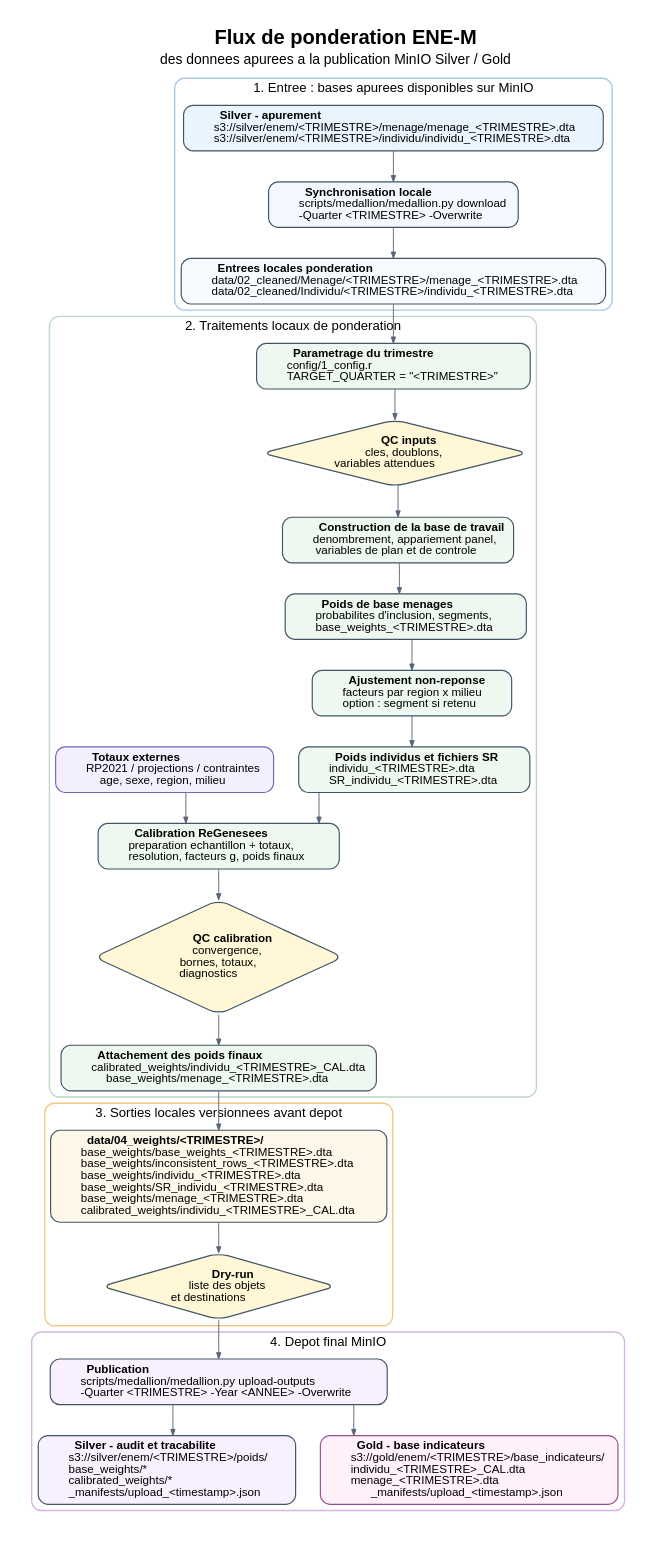
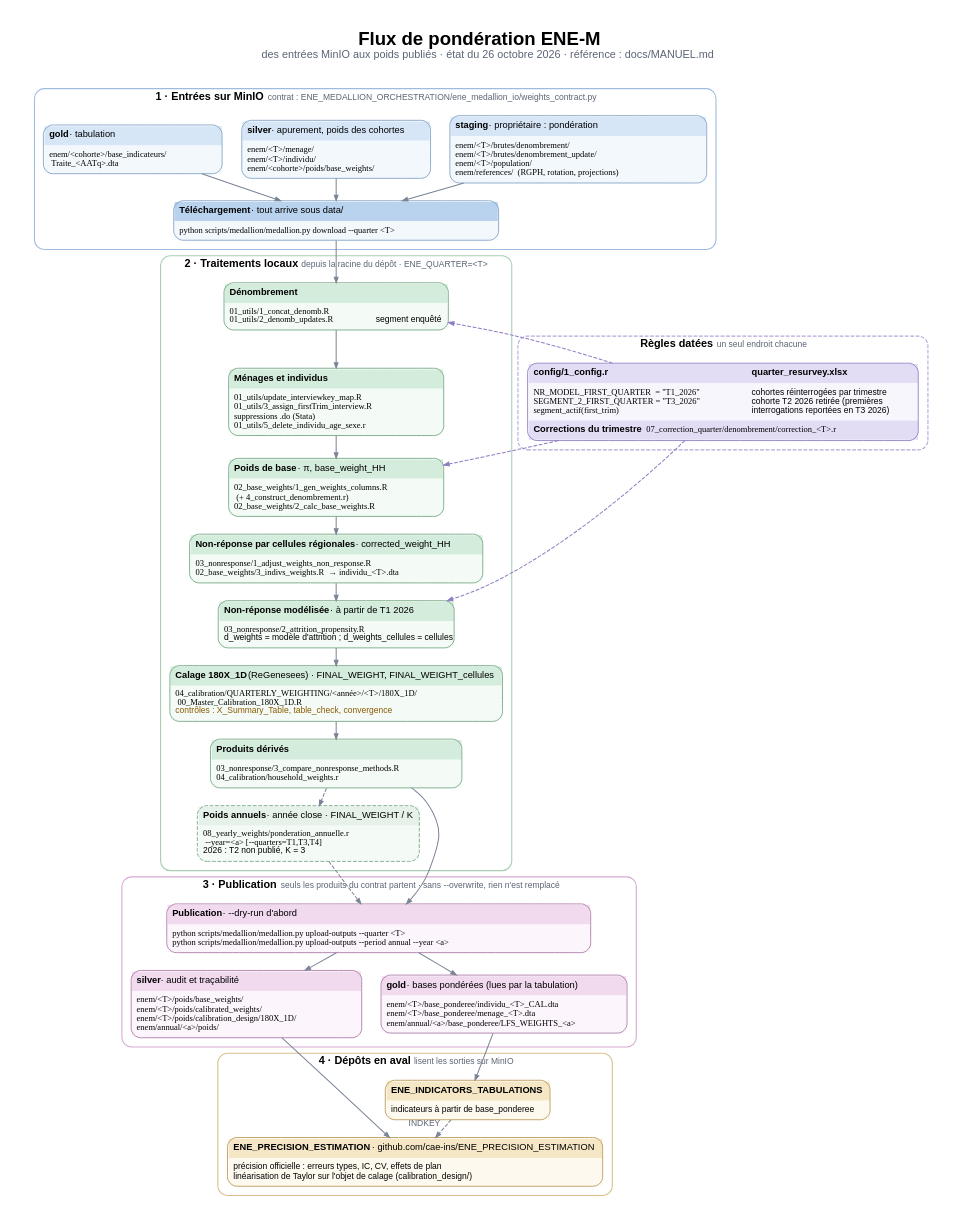
The diagram in reports/enem_weight_flow_minio.dot (cae-ins/enem_weight_nv), drawn with Graphviz before and after one commit. The commit also changed 13 other files, not shown here.

```diff
--- a/reports/enem_weight_flow_minio.dot
+++ b/reports/enem_weight_flow_minio.dot
@@ -1,270 +1,172 @@
+// Flux de pondération ENE-M (état du 26 octobre 2026 ; docs/MANUEL.md fait foi).
+// Rendu, depuis reports/ :
+//   dot -Tpng -Gdpi=130 -o enem_weight_flow_minio.png enem_weight_flow_minio.dot
+//   dot -Tsvg -o enem_weight_flow_minio.svg enem_weight_flow_minio.dot
 digraph ENE_WEIGHT_FLOW_MINIO {
   graph [
-    rankdir=TB,
-    compound=true,
-    bgcolor="#FFFFFF",
-    pad="0.35",
-    nodesep="0.45",
-    ranksep="0.55",
-    splines=ortho,
-    fontname="Arial",
-    labelloc="t",
-    label=<
-      <B>Flux de ponderation ENE-M</B><BR/>
-      <FONT POINT-SIZE="18">des donnees apurees a la publication MinIO Silver / Gold</FONT>
-    >,
-    fontsize=26
+    rankdir=TB, newrank=true, compound=true,
+    bgcolor="#FFFFFF", pad="0.4", nodesep="0.35", ranksep="0.32",
+    splines=spline, fontname="Arial", fontsize=24, labelloc="t",
+    label=<<B>Flux de pondération ENE-M</B><BR/><FONT POINT-SIZE="14" COLOR="#5B6475">des entrées MinIO aux poids publiés · état du 26 octobre 2026 · référence : docs/MANUEL.md</FONT><BR/> >
   ];
+  node  [shape=plain, fontname="Arial", fontsize=12];
+  edge  [color="#7A8496", arrowsize=0.7, penwidth=1.3, fontname="Arial", fontsize=11, fontcolor="#5B6475"];
 
-  node [
-    shape=box,
-    style="rounded,filled",
-    fontname="Arial",
-    fontsize=15,
-    color="#425466",
-    penwidth=1.5,
-    margin="0.14,0.10"
-  ];
+  // ---------------------------------------------------------------- Entrées
+  subgraph cluster_in {
+    label=<<B>1 · Entrées sur MinIO</B>  <FONT POINT-SIZE="11" COLOR="#5B6475">contrat : ENE_MEDALLION_ORCHESTRATION/ene_medallion_io/weights_contract.py</FONT>>;
+    fontsize=14; style="rounded"; color="#9DBCE0"; penwidth=1.4; margin=12;
 
-  edge [
-    fontname="Arial",
-    fontsize=11,
-    color="#596579",
-    arrowsize=0.8,
-    penwidth=1.25
-  ];
+    staging_in [label=<
+      <TABLE BORDER="1" CELLBORDER="0" CELLSPACING="0" CELLPADDING="6" COLOR="#6F93BF" STYLE="ROUNDED">
+        <TR><TD BGCOLOR="#D6E6F7" ALIGN="LEFT"><B>staging</B> · propriétaire : pondération</TD></TR>
+        <TR><TD BGCOLOR="#F3F8FD" ALIGN="LEFT" BALIGN="LEFT"><FONT FACE="Consolas" POINT-SIZE="11">enem/&lt;T&gt;/brutes/denombrement/<BR/>enem/&lt;T&gt;/brutes/denombrement_update/<BR/>enem/&lt;T&gt;/population/<BR/>enem/references/  (RGPH, rotation, projections)</FONT></TD></TR>
+      </TABLE>>];
 
-  subgraph cluster_input {
-    label="1. Entree : bases apurees disponibles sur MinIO";
-    fontname="Arial";
-    fontsize=17;
-    color="#A7C7E7";
-    penwidth=1.8;
-    style="rounded";
+    silver_in [label=<
+      <TABLE BORDER="1" CELLBORDER="0" CELLSPACING="0" CELLPADDING="6" COLOR="#6F93BF" STYLE="ROUNDED">
+        <TR><TD BGCOLOR="#D6E6F7" ALIGN="LEFT"><B>silver</B> · apurement, poids des cohortes</TD></TR>
+        <TR><TD BGCOLOR="#F3F8FD" ALIGN="LEFT" BALIGN="LEFT"><FONT FACE="Consolas" POINT-SIZE="11">enem/&lt;T&gt;/menage/<BR/>enem/&lt;T&gt;/individu/<BR/>enem/&lt;cohorte&gt;/poids/base_weights/</FONT></TD></TR>
+      </TABLE>>];
 
-    minio_inputs [
-      fillcolor="#EAF4FF",
-      label=<
-        <B>Silver - apurement</B><BR ALIGN="LEFT"/>
-        s3://silver/enem/&lt;TRIMESTRE&gt;/menage/menage_&lt;TRIMESTRE&gt;.dta<BR ALIGN="LEFT"/>
-        s3://silver/enem/&lt;TRIMESTRE&gt;/individu/individu_&lt;TRIMESTRE&gt;.dta
-      >
-    ];
+    gold_in [label=<
+      <TABLE BORDER="1" CELLBORDER="0" CELLSPACING="0" CELLPADDING="6" COLOR="#6F93BF" STYLE="ROUNDED">
+        <TR><TD BGCOLOR="#D6E6F7" ALIGN="LEFT"><B>gold</B> · tabulation</TD></TR>
+        <TR><TD BGCOLOR="#F3F8FD" ALIGN="LEFT" BALIGN="LEFT"><FONT FACE="Consolas" POINT-SIZE="11">enem/&lt;cohorte&gt;/base_indicateurs/<BR/>  Traite_&lt;AATq&gt;.dta</FONT></TD></TR>
+      </TABLE>>];
 
-    download_inputs [
-      fillcolor="#F3F8FF",
-      label=<
-        <B>Synchronisation locale</B><BR ALIGN="LEFT"/>
-        scripts/medallion/medallion.py download<BR ALIGN="LEFT"/>
-        -Quarter &lt;TRIMESTRE&gt; -Overwrite
-      >
-    ];
-
-    local_clean [
-      fillcolor="#F7FBFF",
-      label=<
-        <B>Entrees locales ponderation</B><BR ALIGN="LEFT"/>
-        data/02_cleaned/Menage/&lt;TRIMESTRE&gt;/menage_&lt;TRIMESTRE&gt;.dta<BR ALIGN="LEFT"/>
-        data/02_cleaned/Individu/&lt;TRIMESTRE&gt;/individu_&lt;TRIMESTRE&gt;.dta
-      >
-    ];
+    download [label=<
+      <TABLE BORDER="1" CELLBORDER="0" CELLSPACING="0" CELLPADDING="6" COLOR="#6F93BF" STYLE="ROUNDED">
+        <TR><TD BGCOLOR="#B9D3EF" ALIGN="LEFT"><B>Téléchargement</B> · tout arrive sous data/</TD></TR>
+        <TR><TD BGCOLOR="#F3F8FD" ALIGN="LEFT"><FONT FACE="Consolas" POINT-SIZE="11">python scripts/medallion/medallion.py download --quarter &lt;T&gt;</FONT></TD></TR>
+      </TABLE>>];
   }
 
+  // ---------------------------------------------------------------- Traitements
   subgraph cluster_local {
-    label="2. Traitements locaux de ponderation";
-    fontname="Arial";
-    fontsize=17;
-    color="#BFD6C6";
-    penwidth=1.8;
-    style="rounded";
+    label=<<B>2 · Traitements locaux</B>  <FONT POINT-SIZE="11" COLOR="#5B6475">depuis la racine du dépôt · ENE_QUARTER=&lt;T&gt;</FONT>>;
+    fontsize=14; style="rounded"; color="#A9CDB4"; penwidth=1.4; margin=12;
 
-    config [
-      fillcolor="#EFF8F0",
-      label=<
-        <B>Parametrage du trimestre</B><BR ALIGN="LEFT"/>
-        config/1_config.r<BR ALIGN="LEFT"/>
-        TARGET_QUARTER = "&lt;TRIMESTRE&gt;"
-      >
-    ];
+    denomb [label=<
+      <TABLE BORDER="1" CELLBORDER="0" CELLSPACING="0" CELLPADDING="6" COLOR="#5E9A70" STYLE="ROUNDED">
+        <TR><TD BGCOLOR="#D4ECDB" ALIGN="LEFT"><B>Dénombrement</B></TD></TR>
+        <TR><TD BGCOLOR="#F4FAF5" ALIGN="LEFT" BALIGN="LEFT"><FONT FACE="Consolas" POINT-SIZE="11">01_utils/1_concat_denomb.R<BR/>01_utils/2_denomb_updates.R</FONT><FONT POINT-SIZE="11">   segment enquêté</FONT></TD></TR>
+      </TABLE>>];
 
-    input_qc [
-      shape=diamond,
-      width=2.0,
-      height=1.2,
-      fixedsize=false,
-      fillcolor="#FFF7D6",
-      label=<
-        <B>QC inputs</B><BR/>
-        cles, doublons,<BR/>variables attendues
-      >
-    ];
+    menages [label=<
+      <TABLE BORDER="1" CELLBORDER="0" CELLSPACING="0" CELLPADDING="6" COLOR="#5E9A70" STYLE="ROUNDED">
+        <TR><TD BGCOLOR="#D4ECDB" ALIGN="LEFT"><B>Ménages et individus</B></TD></TR>
+        <TR><TD BGCOLOR="#F4FAF5" ALIGN="LEFT" BALIGN="LEFT"><FONT FACE="Consolas" POINT-SIZE="11">01_utils/update_interviewkey_map.R<BR/>01_utils/3_assign_firstTrim_interview.R<BR/>suppressions .do (Stata)<BR/>01_utils/5_delete_individu_age_sexe.r</FONT></TD></TR>
+      </TABLE>>];
 
-    frame [
-      fillcolor="#EFF8F0",
-      label=<
-        <B>Construction de la base de travail</B><BR ALIGN="LEFT"/>
-        denombrement, appariement panel,<BR ALIGN="LEFT"/>
-        variables de plan et de controle
-      >
-    ];
+    base_weights [label=<
+      <TABLE BORDER="1" CELLBORDER="0" CELLSPACING="0" CELLPADDING="6" COLOR="#5E9A70" STYLE="ROUNDED">
+        <TR><TD BGCOLOR="#D4ECDB" ALIGN="LEFT"><B>Poids de base</B> · π, base_weight_HH</TD></TR>
+        <TR><TD BGCOLOR="#F4FAF5" ALIGN="LEFT" BALIGN="LEFT"><FONT FACE="Consolas" POINT-SIZE="11">02_base_weights/1_gen_weights_columns.R<BR/>  (+ 4_construct_denombrement.r)<BR/>02_base_weights/2_calc_base_weights.R</FONT></TD></TR>
+      </TABLE>>];
 
-    base_weights [
-      fillcolor="#EFF8F0",
-      label=<
-        <B>Poids de base menages</B><BR ALIGN="LEFT"/>
-        probabilites d'inclusion, segments,<BR ALIGN="LEFT"/>
-        base_weights_&lt;TRIMESTRE&gt;.dta
-      >
-    ];
+    nr_cells [label=<
+      <TABLE BORDER="1" CELLBORDER="0" CELLSPACING="0" CELLPADDING="6" COLOR="#5E9A70" STYLE="ROUNDED">
+        <TR><TD BGCOLOR="#D4ECDB" ALIGN="LEFT"><B>Non-réponse par cellules régionales</B> · corrected_weight_HH</TD></TR>
+        <TR><TD BGCOLOR="#F4FAF5" ALIGN="LEFT" BALIGN="LEFT"><FONT FACE="Consolas" POINT-SIZE="11">03_nonresponse/1_adjust_weights_non_response.R<BR/>02_base_weights/3_indivs_weights.R  → individu_&lt;T&gt;.dta</FONT></TD></TR>
+      </TABLE>>];
 
-    nonresponse [
-      fillcolor="#EFF8F0",
-      label=<
-        <B>Ajustement non-reponse</B><BR ALIGN="LEFT"/>
-        facteurs par region x milieu<BR ALIGN="LEFT"/>
-        option : segment si retenu
-      >
-    ];
+    nr_model [label=<
+      <TABLE BORDER="1" CELLBORDER="0" CELLSPACING="0" CELLPADDING="6" COLOR="#5E9A70" STYLE="ROUNDED">
+        <TR><TD BGCOLOR="#D4ECDB" ALIGN="LEFT"><B>Non-réponse modélisée</B> · à partir de T1 2026</TD></TR>
+        <TR><TD BGCOLOR="#F4FAF5" ALIGN="LEFT" BALIGN="LEFT"><FONT FACE="Consolas" POINT-SIZE="11">03_nonresponse/2_attrition_propensity.R</FONT><BR/><FONT POINT-SIZE="11">d_weights = modèle d'attrition ; d_weights_cellules = cellules</FONT></TD></TR>
+      </TABLE>>];
 
-    indiv_weights [
-      fillcolor="#EFF8F0",
-      label=<
-        <B>Poids individus et fichiers SR</B><BR ALIGN="LEFT"/>
-        individu_&lt;TRIMESTRE&gt;.dta<BR ALIGN="LEFT"/>
-        SR_individu_&lt;TRIMESTRE&gt;.dta
-      >
-    ];
+    calibration [label=<
+      <TABLE BORDER="1" CELLBORDER="0" CELLSPACING="0" CELLPADDING="6" COLOR="#5E9A70" STYLE="ROUNDED">
+        <TR><TD BGCOLOR="#D4ECDB" ALIGN="LEFT"><B>Calage 180X_1D</B> (ReGenesees) · FINAL_WEIGHT, FINAL_WEIGHT_cellules</TD></TR>
+        <TR><TD BGCOLOR="#F4FAF5" ALIGN="LEFT" BALIGN="LEFT"><FONT FACE="Consolas" POINT-SIZE="11">04_calibration/QUARTERLY_WEIGHTING/&lt;année&gt;/&lt;T&gt;/180X_1D/<BR/>  00_Master_Calibration_180X_1D.R</FONT><BR/><FONT POINT-SIZE="11" COLOR="#8A5A00">contrôles : X_Summary_Table, table_check, convergence</FONT></TD></TR>
+      </TABLE>>];
 
-    known_totals [
-      fillcolor="#F2F0FF",
-      color="#7466B2",
-      label=<
-        <B>Totaux externes</B><BR ALIGN="LEFT"/>
-        RP2021 / projections / contraintes<BR ALIGN="LEFT"/>
-        age, sexe, region, milieu
-      >
-    ];
+    derived [label=<
+      <TABLE BORDER="1" CELLBORDER="0" CELLSPACING="0" CELLPADDING="6" COLOR="#5E9A70" STYLE="ROUNDED">
+        <TR><TD BGCOLOR="#D4ECDB" ALIGN="LEFT"><B>Produits dérivés</B></TD></TR>
+        <TR><TD BGCOLOR="#F4FAF5" ALIGN="LEFT" BALIGN="LEFT"><FONT FACE="Consolas" POINT-SIZE="11">03_nonresponse/3_compare_nonresponse_methods.R<BR/>04_calibration/household_weights.r</FONT></TD></TR>
+      </TABLE>>];
 
-    calibration [
-      fillcolor="#EFF8F0",
-      label=<
-        <B>Calibration ReGenesees</B><BR ALIGN="LEFT"/>
-        preparation echantillon + totaux,<BR ALIGN="LEFT"/>
-        resolution, facteurs g, poids finaux
-      >
-    ];
-
-    calib_qc [
-      shape=diamond,
-      width=2.0,
-      height=1.2,
-      fixedsize=false,
-      fillcolor="#FFF7D6",
-      label=<
-        <B>QC calibration</B><BR/>
-        convergence,<BR/>bornes, totaux,<BR/>diagnostics
-      >
-    ];
-
-    attach_final [
-      fillcolor="#EFF8F0",
-      label=<
-        <B>Attachement des poids finaux</B><BR ALIGN="LEFT"/>
-        calibrated_weights/individu_&lt;TRIMESTRE&gt;_CAL.dta<BR ALIGN="LEFT"/>
-        base_weights/menage_&lt;TRIMESTRE&gt;.dta
-      >
-    ];
+    annual [label=<
+      <TABLE BORDER="1" CELLBORDER="0" CELLSPACING="0" CELLPADDING="6" COLOR="#5E9A70" STYLE="ROUNDED,DASHED">
+        <TR><TD BGCOLOR="#E6F2E9" ALIGN="LEFT"><B>Poids annuels</B> · année close · FINAL_WEIGHT / K</TD></TR>
+        <TR><TD BGCOLOR="#F4FAF5" ALIGN="LEFT" BALIGN="LEFT"><FONT FACE="Consolas" POINT-SIZE="11">08_yearly_weights/ponderation_annuelle.r<BR/>  --year=&lt;a&gt; [--quarters=T1,T3,T4]</FONT><BR/><FONT POINT-SIZE="11">2026 : T2 non publié, K = 3</FONT></TD></TR>
+      </TABLE>>];
   }
 
-  subgraph cluster_outputs {
-    label="3. Sorties locales versionnees avant depot";
-    fontname="Arial";
-    fontsize=17;
-    color="#F0C987";
-    penwidth=1.8;
-    style="rounded";
+  // ---------------------------------------------------------------- Règles datées
+  subgraph cluster_rules {
+    label=<<B>Règles datées</B>  <FONT POINT-SIZE="11" COLOR="#5B6475">un seul endroit chacune</FONT>>;
+    fontsize=14; style="rounded,dashed"; color="#B7A6DD"; penwidth=1.4; margin=12;
 
-    local_outputs [
-      fillcolor="#FFF8EA",
-      label=<
-        <B>data/04_weights/&lt;TRIMESTRE&gt;/</B><BR ALIGN="LEFT"/>
-        base_weights/base_weights_&lt;TRIMESTRE&gt;.dta<BR ALIGN="LEFT"/>
-        base_weights/inconsistent_rows_&lt;TRIMESTRE&gt;.dta<BR ALIGN="LEFT"/>
-        base_weights/individu_&lt;TRIMESTRE&gt;.dta<BR ALIGN="LEFT"/>
-        base_weights/SR_individu_&lt;TRIMESTRE&gt;.dta<BR ALIGN="LEFT"/>
-        base_weights/menage_&lt;TRIMESTRE&gt;.dta<BR ALIGN="LEFT"/>
-        calibrated_weights/individu_&lt;TRIMESTRE&gt;_CAL.dta
-      >
-    ];
-
-    upload_check [
-      shape=diamond,
-      width=2.0,
-      height=1.2,
-      fixedsize=false,
-      fillcolor="#FFF7D6",
-      label=<
-        <B>Dry-run</B><BR/>
-        liste des objets<BR/>et destinations
-      >
-    ];
+    rules [label=<
+      <TABLE BORDER="1" CELLBORDER="0" CELLSPACING="0" CELLPADDING="6" COLOR="#7D6BB8" STYLE="ROUNDED">
+        <TR><TD BGCOLOR="#E3DCF5" ALIGN="LEFT"><B>config/1_config.r</B></TD>
+            <TD BGCOLOR="#E3DCF5" ALIGN="LEFT"><B>quarter_resurvey.xlsx</B></TD></TR>
+        <TR><TD BGCOLOR="#F8F6FD" ALIGN="LEFT" BALIGN="LEFT" VALIGN="TOP"><FONT FACE="Consolas" POINT-SIZE="11">NR_MODEL_FIRST_QUARTER  = "T1_2026"<BR/>SEGMENT_2_FIRST_QUARTER = "T3_2026"<BR/>segment_actif(first_trim)</FONT></TD>
+            <TD BGCOLOR="#F8F6FD" ALIGN="LEFT" BALIGN="LEFT" VALIGN="TOP"><FONT POINT-SIZE="11">cohortes réinterrogées par trimestre<BR/>cohorte T2 2026 retirée (premières<BR/>interrogations reportées en T3 2026)</FONT></TD></TR>
+        <TR><TD BGCOLOR="#E3DCF5" ALIGN="LEFT" COLSPAN="2"><B>Corrections du trimestre</B>  <FONT FACE="Consolas" POINT-SIZE="11">07_correction_quarter/denombrement/correction_&lt;T&gt;.r</FONT></TD></TR>
+      </TABLE>>];
   }
 
-  subgraph cluster_minio_out {
-    label="4. Depot final MinIO";
-    fontname="Arial";
-    fontsize=17;
-    color="#D8B4E2";
-    penwidth=1.8;
-    style="rounded";
+  // ---------------------------------------------------------------- Publication
+  subgraph cluster_out {
+    label=<<B>3 · Publication</B>  <FONT POINT-SIZE="11" COLOR="#5B6475">seuls les produits du contrat partent · sans --overwrite, rien n'est remplacé</FONT>>;
+    fontsize=14; style="rounded"; color="#D7A9D0"; penwidth=1.4; margin=12;
 
-    upload_script [
-      fillcolor="#F9F0FF",
-      label=<
-        <B>Publication</B><BR ALIGN="LEFT"/>
-        scripts/medallion/medallion.py upload-outputs<BR ALIGN="LEFT"/>
-        -Quarter &lt;TRIMESTRE&gt; -Year &lt;ANNEE&gt; -Overwrite
-      >
-    ];
+    upload [label=<
+      <TABLE BORDER="1" CELLBORDER="0" CELLSPACING="0" CELLPADDING="6" COLOR="#A0679A" STYLE="ROUNDED">
+        <TR><TD BGCOLOR="#F1D9EE" ALIGN="LEFT"><B>Publication</B> · --dry-run d'abord</TD></TR>
+        <TR><TD BGCOLOR="#FCF5FB" ALIGN="LEFT" BALIGN="LEFT"><FONT FACE="Consolas" POINT-SIZE="11">python scripts/medallion/medallion.py upload-outputs --quarter &lt;T&gt;<BR/>python scripts/medallion/medallion.py upload-outputs --period annual --year &lt;a&gt;</FONT></TD></TR>
+      </TABLE>>];
 
-    silver_outputs [
-      fillcolor="#F7F0FF",
-      label=<
-        <B>Silver - audit et tracabilite</B><BR ALIGN="LEFT"/>
-        s3://silver/enem/&lt;TRIMESTRE&gt;/poids/<BR ALIGN="LEFT"/>
-        base_weights/*<BR ALIGN="LEFT"/>
-        calibrated_weights/*<BR ALIGN="LEFT"/>
-        _manifests/upload_&lt;timestamp&gt;.json
-      >
-    ];
+    silver_out [label=<
+      <TABLE BORDER="1" CELLBORDER="0" CELLSPACING="0" CELLPADDING="6" COLOR="#A0679A" STYLE="ROUNDED">
+        <TR><TD BGCOLOR="#F1D9EE" ALIGN="LEFT"><B>silver</B> · audit et traçabilité</TD></TR>
+        <TR><TD BGCOLOR="#FCF5FB" ALIGN="LEFT" BALIGN="LEFT"><FONT FACE="Consolas" POINT-SIZE="11">enem/&lt;T&gt;/poids/base_weights/<BR/>enem/&lt;T&gt;/poids/calibrated_weights/<BR/>enem/&lt;T&gt;/poids/calibration_design/180X_1D/<BR/>enem/annual/&lt;a&gt;/poids/</FONT></TD></TR>
+      </TABLE>>];
 
-    gold_outputs [
-      fillcolor="#FFF0FA",
-      color="#9A4D8F",
-      label=<
-        <B>Gold - base indicateurs</B><BR ALIGN="LEFT"/>
-        s3://gold/enem/&lt;TRIMESTRE&gt;/base_indicateurs/<BR ALIGN="LEFT"/>
-        individu_&lt;TRIMESTRE&gt;_CAL.dta<BR ALIGN="LEFT"/>
-        menage_&lt;TRIMESTRE&gt;.dta<BR ALIGN="LEFT"/>
-        _manifests/upload_&lt;timestamp&gt;.json
-      >
-    ];
+    gold_out [label=<
+      <TABLE BORDER="1" CELLBORDER="0" CELLSPACING="0" CELLPADDING="6" COLOR="#A0679A" STYLE="ROUNDED">
+        <TR><TD BGCOLOR="#F1D9EE" ALIGN="LEFT"><B>gold</B> · bases pondérées (lues par la tabulation)</TD></TR>
+        <TR><TD BGCOLOR="#FCF5FB" ALIGN="LEFT" BALIGN="LEFT"><FONT FACE="Consolas" POINT-SIZE="11">enem/&lt;T&gt;/base_ponderee/individu_&lt;T&gt;_CAL.dta<BR/>enem/&lt;T&gt;/base_ponderee/menage_&lt;T&gt;.dta<BR/>enem/annual/&lt;a&gt;/base_ponderee/LFS_WEIGHTS_&lt;a&gt;</FONT></TD></TR>
+      </TABLE>>];
   }
 
-  minio_inputs -> download_inputs -> local_clean;
-  local_clean -> config;
-  config -> input_qc;
-  input_qc -> frame;
-  frame -> base_weights;
-  base_weights -> nonresponse;
-  nonresponse -> indiv_weights;
-  indiv_weights -> calibration;
-  known_totals -> calibration;
-  calibration -> calib_qc;
-  calib_qc -> attach_final;
-  attach_final -> local_outputs;
-  local_outputs -> upload_check;
-  upload_check -> upload_script;
-  upload_script -> silver_outputs;
-  upload_script -> gold_outputs;
+  // ---------------------------------------------------------------- Dépôts en aval
+  subgraph cluster_down {
+    label=<<B>4 · Dépôts en aval</B>  <FONT POINT-SIZE="11" COLOR="#5B6475">lisent les sorties sur MinIO</FONT>>;
+    fontsize=14; style="rounded"; color="#D9C08A"; penwidth=1.4; margin=12;
+
+    tabulation [label=<
+      <TABLE BORDER="1" CELLBORDER="0" CELLSPACING="0" CELLPADDING="6" COLOR="#B08A3E" STYLE="ROUNDED">
+        <TR><TD BGCOLOR="#F5E7C6" ALIGN="LEFT"><B>ENE_INDICATORS_TABULATIONS</B></TD></TR>
+        <TR><TD BGCOLOR="#FDF9EF" ALIGN="LEFT"><FONT POINT-SIZE="11">indicateurs à partir de base_ponderee</FONT></TD></TR>
+      </TABLE>>];
+
+    precision [label=<
+      <TABLE BORDER="1" CELLBORDER="0" CELLSPACING="0" CELLPADDING="6" COLOR="#B08A3E" STYLE="ROUNDED">
+        <TR><TD BGCOLOR="#F5E7C6" ALIGN="LEFT"><B>ENE_PRECISION_ESTIMATION</B> · github.com/cae-ins/ENE_PRECISION_ESTIMATION</TD></TR>
+        <TR><TD BGCOLOR="#FDF9EF" ALIGN="LEFT" BALIGN="LEFT"><FONT POINT-SIZE="11">précision officielle : erreurs types, IC, CV, effets de plan<BR/>linéarisation de Taylor sur l'objet de calage (calibration_design/)</FONT></TD></TR>
+      </TABLE>>];
+  }
+
+  // ---------------------------------------------------------------- Liens
+  {staging_in silver_in gold_in} -> download;
+  download -> denomb -> menages -> base_weights -> nr_cells -> nr_model -> calibration -> derived -> upload;
+  derived -> annual [style=dashed];
+  annual -> upload [style=dashed];
+  upload -> {silver_out gold_out};
+  {rank=same; silver_out; gold_out;}
+  gold_out -> tabulation;
+  silver_out -> precision;
+  tabulation -> precision [style=dashed, xlabel=" INDKEY "];
+
+  // Règles à côté de la chaîne, reliées aux étapes qui les lisent
+  {rank=same; menages; rules;}
+  rules -> denomb       [style=dashed, color="#8E7CC3", constraint=false];
+  rules -> base_weights [style=dashed, color="#8E7CC3", constraint=false];
+  rules -> nr_model     [style=dashed, color="#8E7CC3", constraint=false];
 }
```
